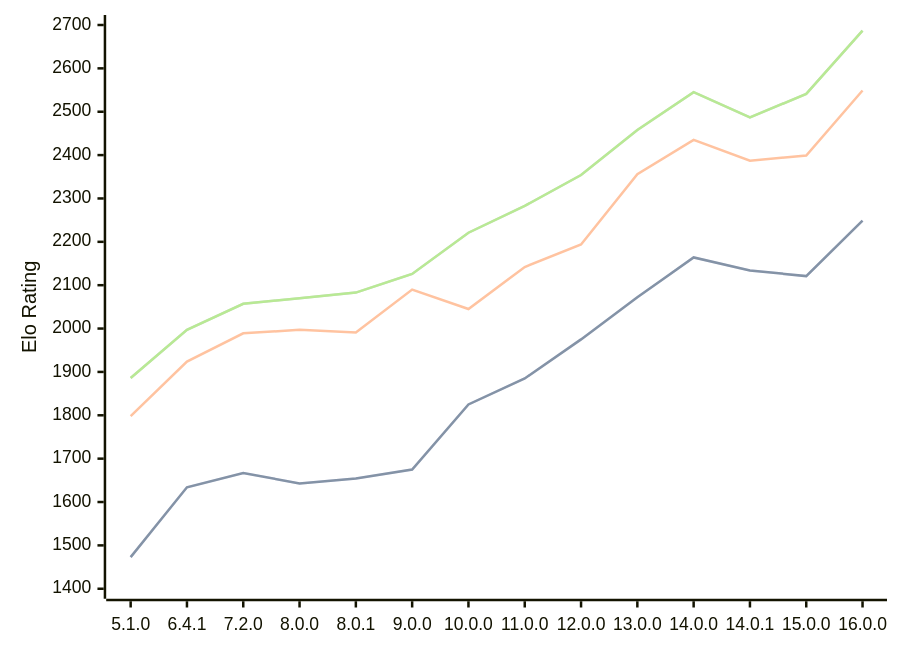
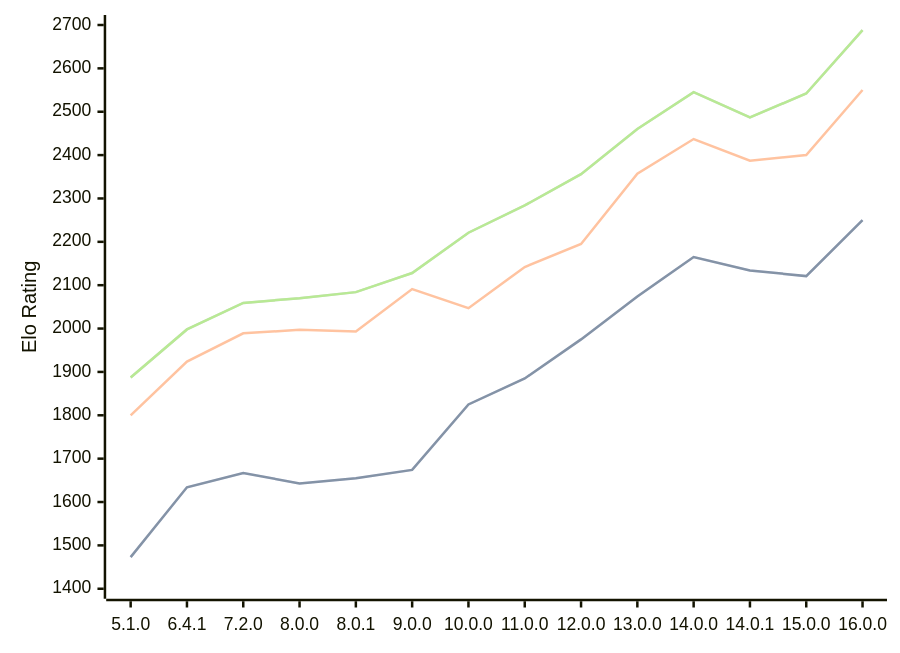
The diagram in engines/Cepimetheus.md (computer-chess-index/cci), drawn with Mermaid before and after one commit. The commit also changed other lines of this file, not shown here.

Commit message:
Update CCI Ratings (ELO VLTC) - 2026-09-14

````diff
--- a/engines/Cepimetheus.md
+++ b/engines/Cepimetheus.md
@@ -67,11 +67,11 @@
 ```mermaid
 %%{init: {"theme":"base","themeVariables":{"seriesColors:['#a3a3a3','#222221','#faa371']}}}%%
 xychart-beta
   x-axis ["5.1.0", "6.4.1", "7.2.0", "8.0.0", "8.0.1", "9.0.0", "10.0.0", "11.0.0", "12.0.0", "13.0.0", "14.0.0", "14.0.1", "15.0.0", "16.0.0"]
   y-axis "Elo Rating" 1400 --> 2700
-  line "" [1473, 1634, 1667, 1643, 1654, 1675, 1825, 1885, 1975, 2072, 2164, 2134, 2121, 2249]
-  line "STC (8.0+0.08s)" [1473, 1634, 1667, 1643, 1654, 1675, 1825, 1885, 1975, 2072, 2164, 2134, 2121, 2249]
-  line "LTC (60.0+0.60s)" [1798, 1924, 1989, 1997, 1991, 2090, 2045, 2142, 2194, 2356, 2435, 2387, 2399, 2549]
-  line "" [1886, 1997, 2057, 2070, 2083, 2126, 2221, 2283, 2354, 2458, 2545, 2487, 2541, 2687]
-  line "VLTC (2m24s+1.12s)" [1886, 1997, 2057, 2070, 2083, 2126, 2221, 2283, 2354, 2458, 2545, 2487, 2541, 2687]
+  line "" [1473, 1634, 1667, 1643, 1655, 1674, 1825, 1885, 1975, 2074, 2165, 2134, 2121, 2250]
+  line "STC (8.0+0.08s)" [1473, 1634, 1667, 1643, 1655, 1674, 1825, 1885, 1975, 2074, 2165, 2134, 2121, 2250]
+  line "LTC (60.0+0.60s)" [1800, 1924, 1989, 1997, 1993, 2091, 2047, 2142, 2195, 2357, 2437, 2387, 2400, 2550]
+  line "" [1887, 1998, 2059, 2070, 2084, 2128, 2221, 2284, 2356, 2460, 2545, 2487, 2542, 2688]
+  line "VLTC (2m24s+1.12s)" [1887, 1998, 2059, 2070, 2084, 2128, 2221, 2284, 2356, 2460, 2545, 2487, 2542, 2688]
 ```
````
